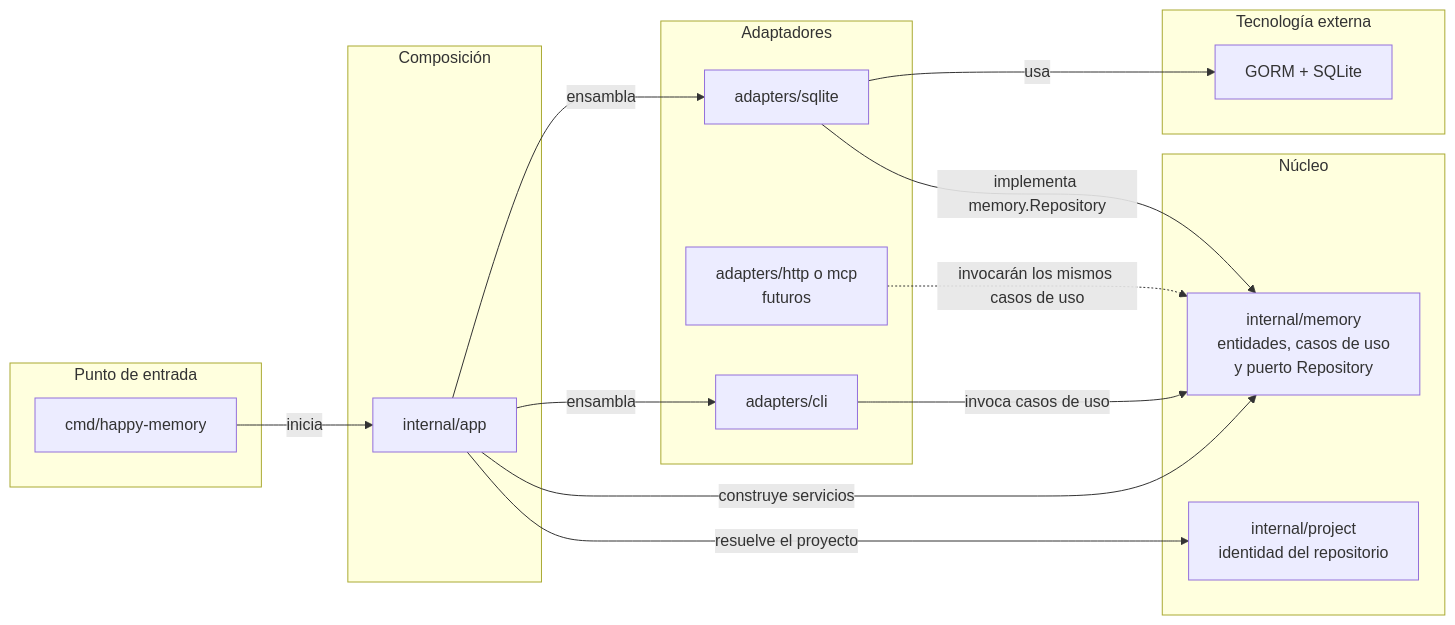
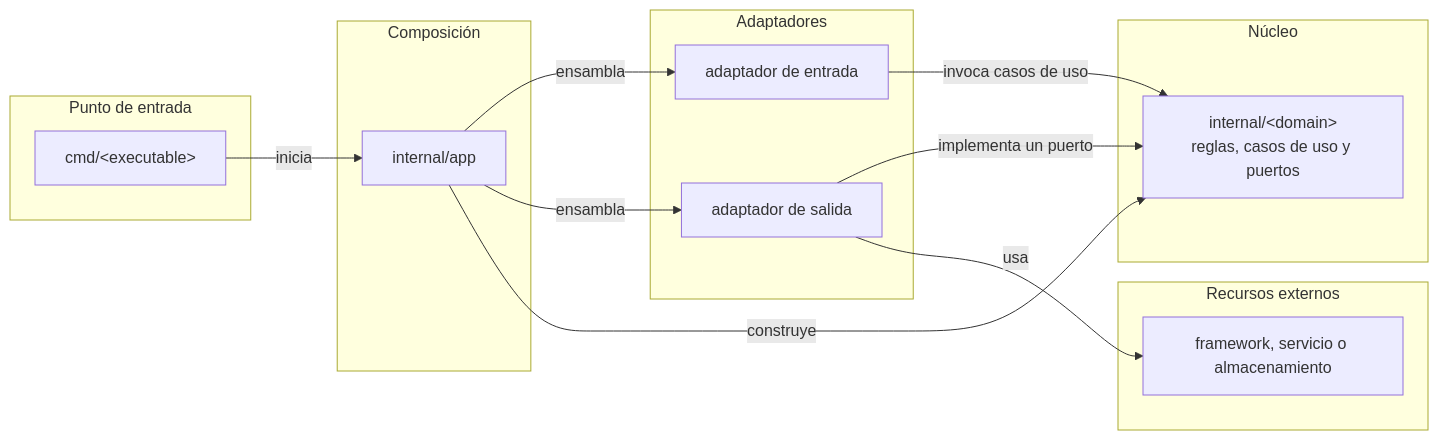
Before and after one commit to jorgeluis594/happy-memory: the diagram in docs/architecture.md, drawn with Mermaid. The commit also changed other lines of this file, not shown here.

Commit message:
docs: refocus architecture guide on extensibility

````diff
--- a/docs/architecture.md
+++ b/docs/architecture.md
@@ -26,35 +60,31 @@
 ```mermaid
 flowchart LR
     subgraph EntryPoint["Punto de entrada"]
-        CMD["cmd/happy-memory"]
+        CMD["cmd/&lt;executable&gt;"]
     end
 
     subgraph Composition["Composición"]
         APP["internal/app"]
     end
 
     subgraph Adapters["Adaptadores"]
-        CLI["adapters/cli"]
-        SQLITE["adapters/sqlite"]
-        FUTURE["adapters/http o mcp<br/>futuros"]
+        IN["adaptador de entrada"]
+        OUT["adaptador de salida"]
     end
 
     subgraph Core["Núcleo"]
-        MEMORY["internal/memory<br/>entidades, casos de uso<br/>y puerto Repository"]
-        PROJECT["internal/project<br/>identidad del repositorio"]
+        DOMAIN["internal/&lt;domain&gt;<br/>reglas, casos de uso y puertos"]
     end
 
-    subgraph Technology["Tecnología externa"]
-        DB["GORM + SQLite"]
+    subgraph External["Recursos externos"]
+        RESOURCE["framework, servicio o almacenamiento"]
     end
 
     CMD -->|inicia| APP
-    APP -->|ensambla| CLI
-    APP -->|ensambla| SQLITE
-    APP -->|construye servicios| MEMORY
-    APP -->|resuelve el proyecto| PROJECT
-    CLI -->|invoca casos de uso| MEMORY
-    FUTURE -.->|invocarán los mismos casos de uso| MEMORY
-    SQLITE -->|implementa memory.Repository| MEMORY
-    SQLITE -->|usa| DB
+    APP -->|ensambla| IN
+    APP -->|ensambla| OUT
+    APP -->|construye| DOMAIN
+    IN -->|invoca casos de uso| DOMAIN
+    OUT -->|implementa un puerto| DOMAIN
+    OUT -->|usa| RESOURCE
 ```
````
